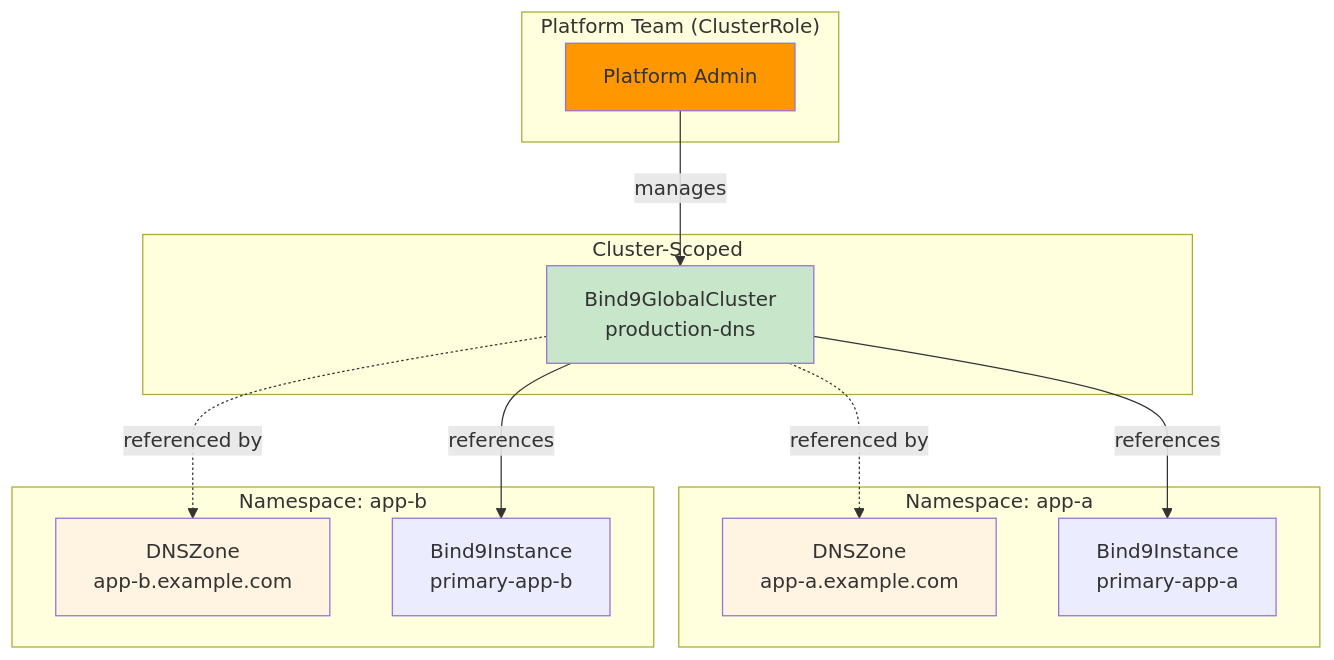
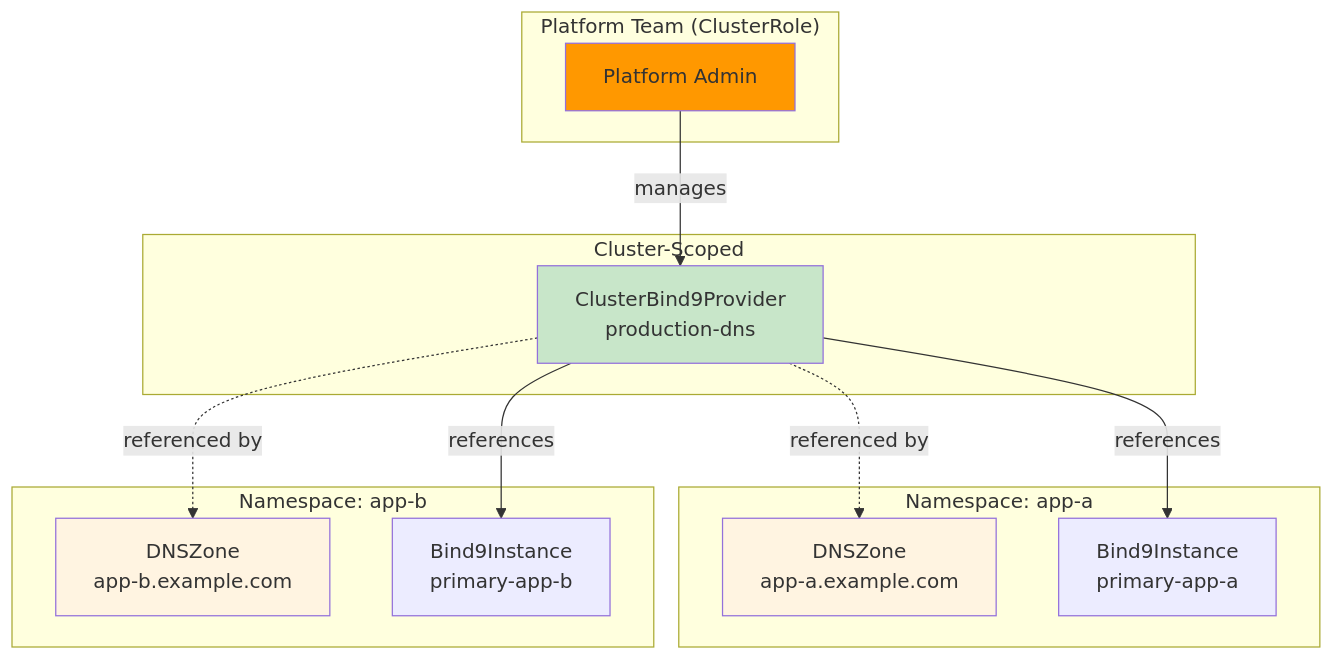
One commit to firestoned/bindy changed the sixth of 9 diagrams in docs/src/guide/architecture.md. Above: the diagram before and after it, drawn with Mermaid. The commit also changed other lines of this file and 42 other files, not shown here.

Commit message:
Major: rename CRD Bind9GlobalCluster to ClusterBind9Provider

````diff
--- a/docs/src/guide/architecture.md
+++ b/docs/src/guide/architecture.md
@@ -228,31 +228,31 @@
 ```mermaid
 graph TB
     subgraph "Platform Team (ClusterRole)"
         PlatformAdmin[Platform Admin]
     end
 
     subgraph "Cluster-Scoped"
-        GlobalCluster[Bind9GlobalCluster<br/>production-dns]
+        GlobalCluster[ClusterBind9Provider<br/>production-dns]
     end
 
     subgraph "Namespace: app-a"
         Zone1[DNSZone<br/>app-a.example.com]
         Instance1[Bind9Instance<br/>primary-app-a]
     end
 
     subgraph "Namespace: app-b"
         Zone2[DNSZone<br/>app-b.example.com]
         Instance2[Bind9Instance<br/>primary-app-b]
     end
 
     PlatformAdmin -->|manages| GlobalCluster
     GlobalCluster -.->|referenced by| Zone1
     GlobalCluster -.->|referenced by| Zone2
     GlobalCluster -->|references| Instance1
     GlobalCluster -->|references| Instance2
 
     style PlatformAdmin fill:#ff9800
     style GlobalCluster fill:#c8e6c9
     style Zone1 fill:#fff4e1
     style Zone2 fill:#fff4e1
 ```
````
